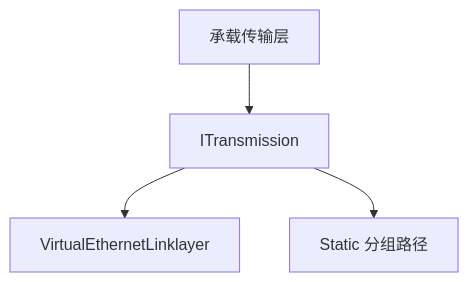
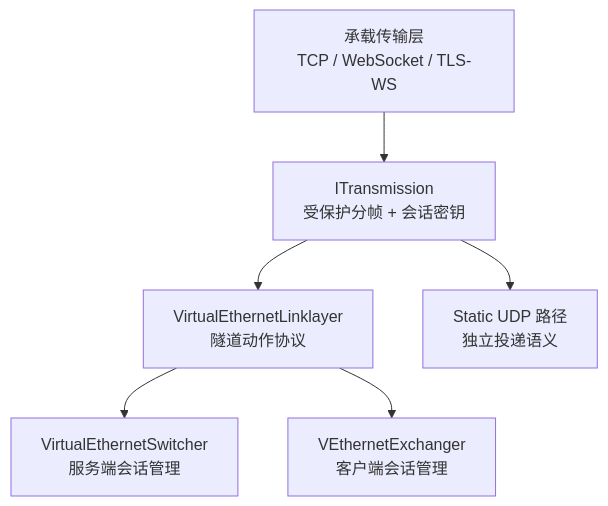
One commit to HyacinthHaru/openppp2 changed the first of 7 diagrams in docs/TUNNEL_DESIGN_CN.md. Above: the diagram before and after it, drawn with Mermaid. The commit also changed other lines of this file and 93 other files, not shown here.

````diff
--- a/docs/TUNNEL_DESIGN_CN.md
+++ b/docs/TUNNEL_DESIGN_CN.md
@@ -11,6 +20,8 @@
 ```mermaid
 graph TB
-    A[承载传输层] --> B[ITransmission]
-    B --> C[VirtualEthernetLinklayer]
-    B --> D[Static 分组路径]
+    A[承载传输层<br/>TCP / WebSocket / TLS-WS] --> B[ITransmission<br/>受保护分帧 + 会话密钥]
+    B --> C[VirtualEthernetLinklayer<br/>隧道动作协议]
+    B --> D[Static UDP 路径<br/>独立投递语义]
+    C --> E[VirtualEthernetSwitcher<br/>服务端会话管理]
+    C --> F[VEthernetExchanger<br/>客户端会话管理]
 ```
````
